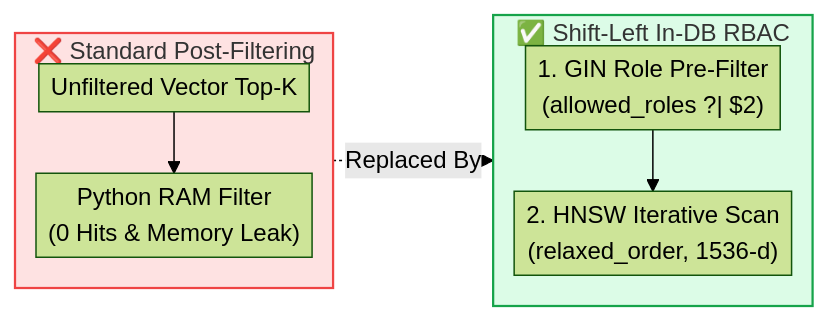
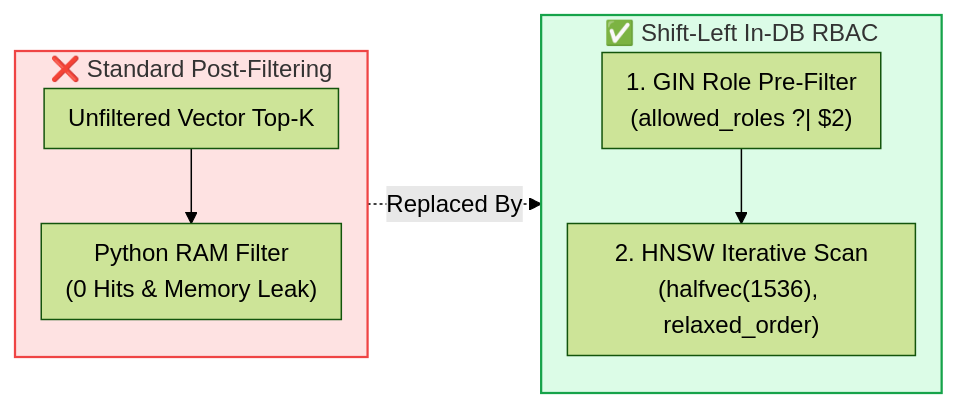
One commit to Kenono2000/enterprise-rag-pgvector-rbac changed the second of 7 diagrams in README.md. Above: the diagram before and after it, drawn with Mermaid (forest theme). The commit also changed other lines of this file and 10 other files, not shown here.

````diff
--- a/README.md
+++ b/README.md
@@ -46,15 +46,15 @@
 ```mermaid
-%%{init: {'flowchart': {'nodeSpacing': 8, 'rankSpacing': 16, 'padding': 4}}}%%
+%%{init: {'flowchart': {'nodeSpacing': 15, 'rankSpacing': 25, 'padding': 8}}}%%
 flowchart LR
     subgraph PostFilter ["❌ Standard Post-Filtering"]
         direction TB
         PF1["Unfiltered Vector Top-K"] --> PF2["Python RAM Filter<br/>(0 Hits & Memory Leak)"]
     end
     subgraph PreFilter ["✅ Shift-Left In-DB RBAC"]
         direction TB
-        GIN["1. GIN Role Pre-Filter<br/>(allowed_roles ?| $2)"] --> HNSW["2. HNSW Iterative Scan<br/>(relaxed_order, 1536-d)"]
+        GIN["1. GIN Role Pre-Filter<br/>(allowed_roles ?| $2)"] --> HNSW["2. HNSW Iterative Scan<br/>(halfvec(1536), relaxed_order)"]
     end
     PostFilter -.->|"Replaced By"| PreFilter
     style PostFilter fill:#fee2e2,stroke:#ef4444,stroke-width:1.5px
     style PreFilter fill:#dcfce7,stroke:#16a34a,stroke-width:1.5px
 ```
````
